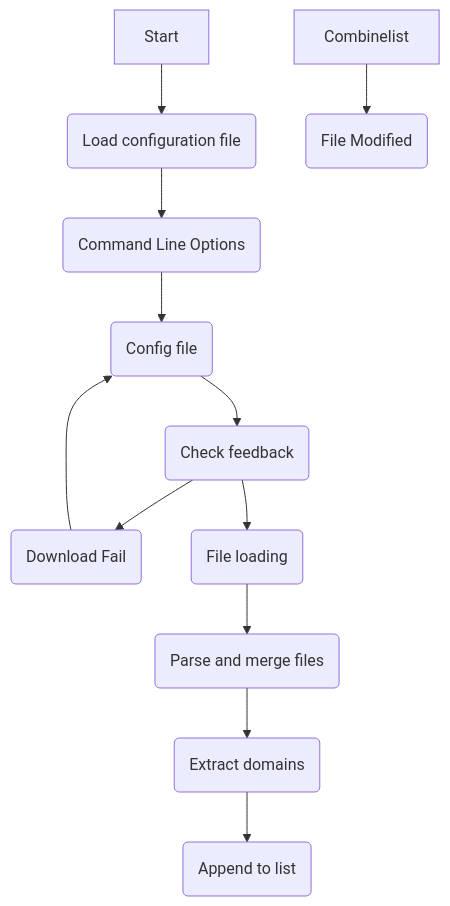
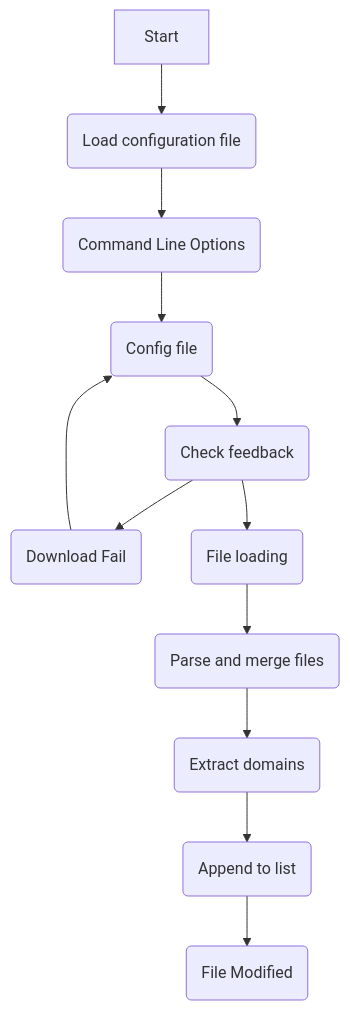
Before and after one commit to jarnaks/ICTPRG434AT2-Debugging: the diagram in URLBlocker.md, drawn with Mermaid.

````diff
--- a/URLBlocker.md
+++ b/URLBlocker.md
@@ -1,14 +1,14 @@
 ```mermaid
 flowchart TD
     Start --> Initialize("Load configuration file")
     Initialize --> Parse-command-line-options("Command Line Options")
     Parse-command-line-options --> GetConfigFile("Config file")
     GetConfigFile --> Download-blocklist("Check feedback")
     Download-blocklist --> Download-fail("Download Fail")
     Download-blocklist --> Correct-file("File loading")
     Download-fail --> GetConfigFile
     Correct-file --> Parse-merge("Parse and merge files")
     Parse-merge --> Regex("Extract domains")
     Regex --> CombineList("Append to list")
-    Combinelist --> ModifiedHostFile("File Modified")
+    CombineList --> ModifiedHostFile("File Modified")
 ```
````
